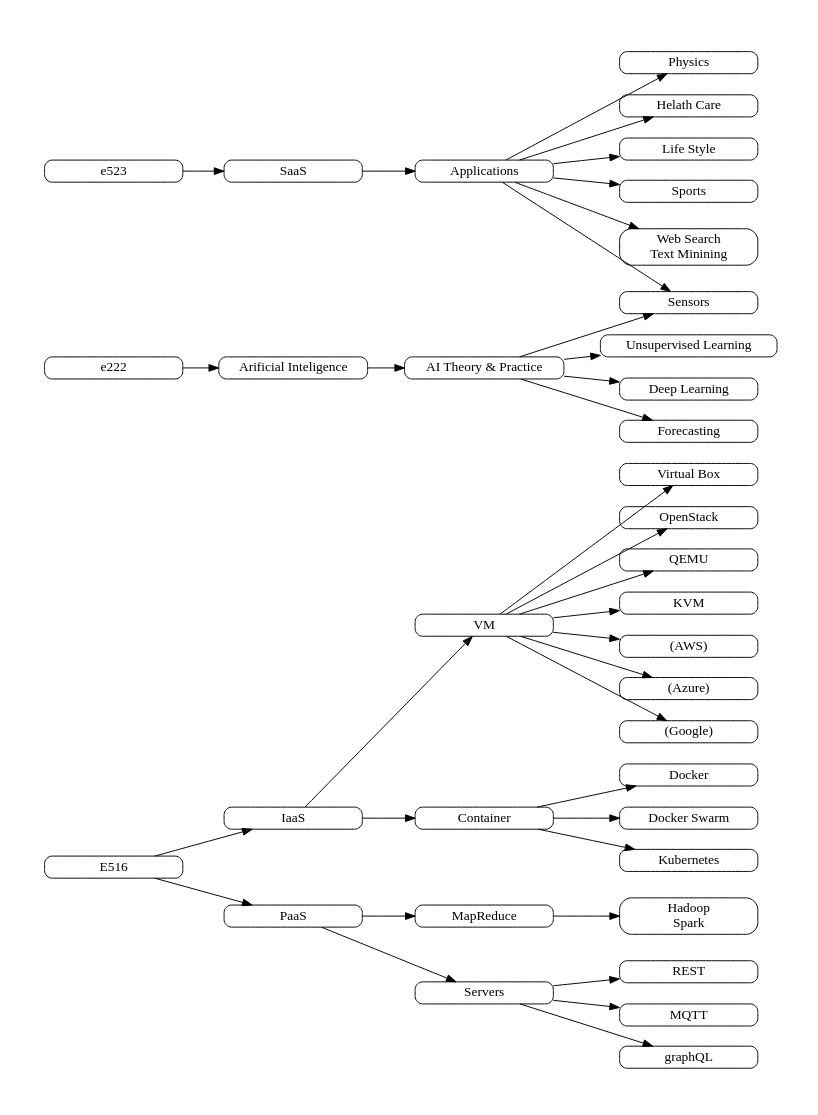
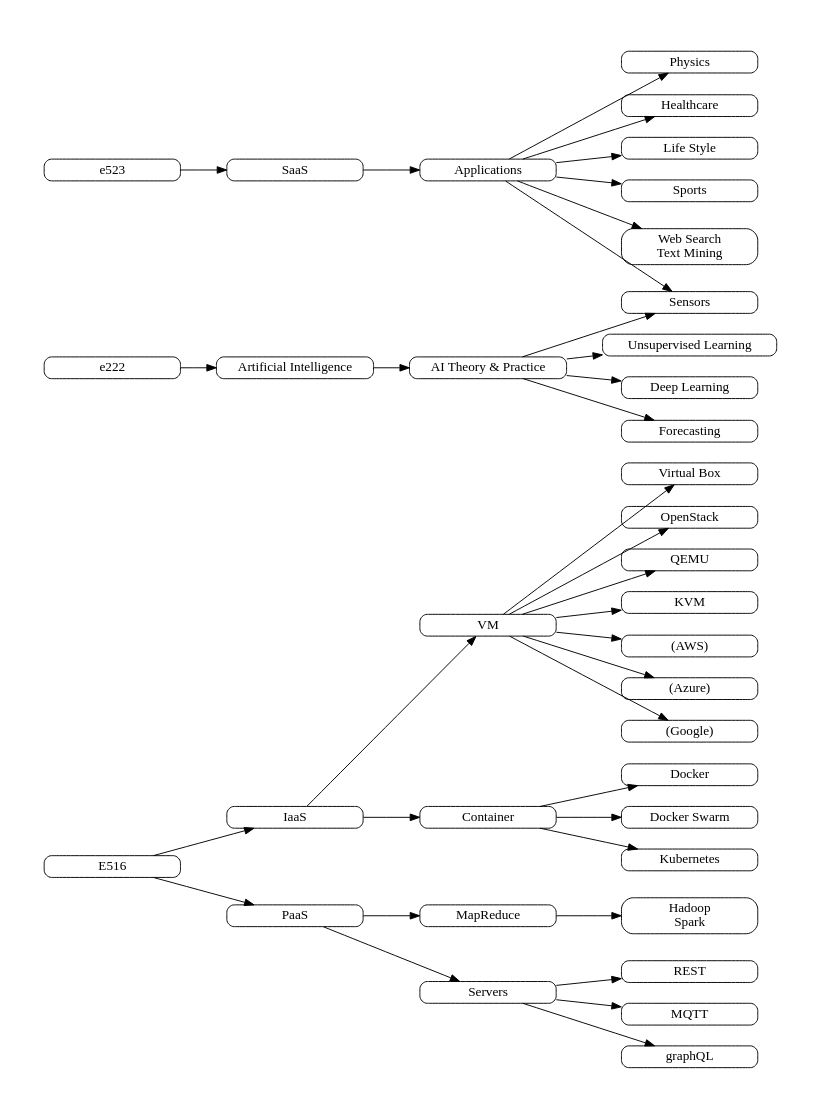
Before and after one commit to cloudmesh-community/book: the diagram in chapters/class/graph-course.dot, drawn with Graphviz. The commit also changed 17 other files, not shown here.

```diff
--- a/chapters/class/graph-course.dot
+++ b/chapters/class/graph-course.dot
@@ -1,44 +1,44 @@
 digraph G {
 ratio="fill";
  size="8.3,11.7!";
  margin=0;
 rankdir=LR;
  graph [pad="0.5", ranksep="0.525", nodesep="0.05"];
 splines=line;
 node [shape=box, style=rounded, shadow_offset=7, shadow_blur=5,width=2,height=0.05];
 
 E516 -> "IaaS";
         "IaaS" -> VM;
                   VM -> "Virtual Box";
                   VM -> "OpenStack";
                   VM -> "QEMU";
                   VM -> "KVM";
                   VM -> "(AWS)";
                   VM -> "(Azure)";
                   VM -> "(Google)";                                                      
         "IaaS" -> Container;
                   Container -> Docker;
                   Container -> "Docker Swarm";
                   Container -> "Kubernetes";
 E516 -> PaaS;
         PaaS -> MapReduce;
                 MapReduce -> "Hadoop\nSpark";
         PaaS ->        Servers;
                 Servers -> REST;
                 Servers -> MQTT;
                 Servers -> graphQL;                                
 e523 -> SaaS;
         SaaS -> Applications;
                 Applications -> Physics;
-                Applications -> "Helath Care";
+                Applications -> "Healthcare";
                 Applications -> "Life Style";
                 Applications -> Sensors;
                 Applications -> Sports;
-                Applications -> "Web Search\nText Minining"
-e222 -> "Arificial Inteligence";
-        "Arificial Inteligence" -> "AI Theory & Practice";
+                Applications -> "Web Search\nText Mining"
+e222 -> "Artificial Intelligence";
+        "Artificial Intelligence" -> "AI Theory & Practice";
                                    "AI Theory & Practice" -> "Unsupervised Learning";
                                    "AI Theory & Practice" -> "Deep Learning";
                                    "AI Theory & Practice" -> "Forecasting";
                                    "AI Theory & Practice" -> "Sensors";
 }
```
